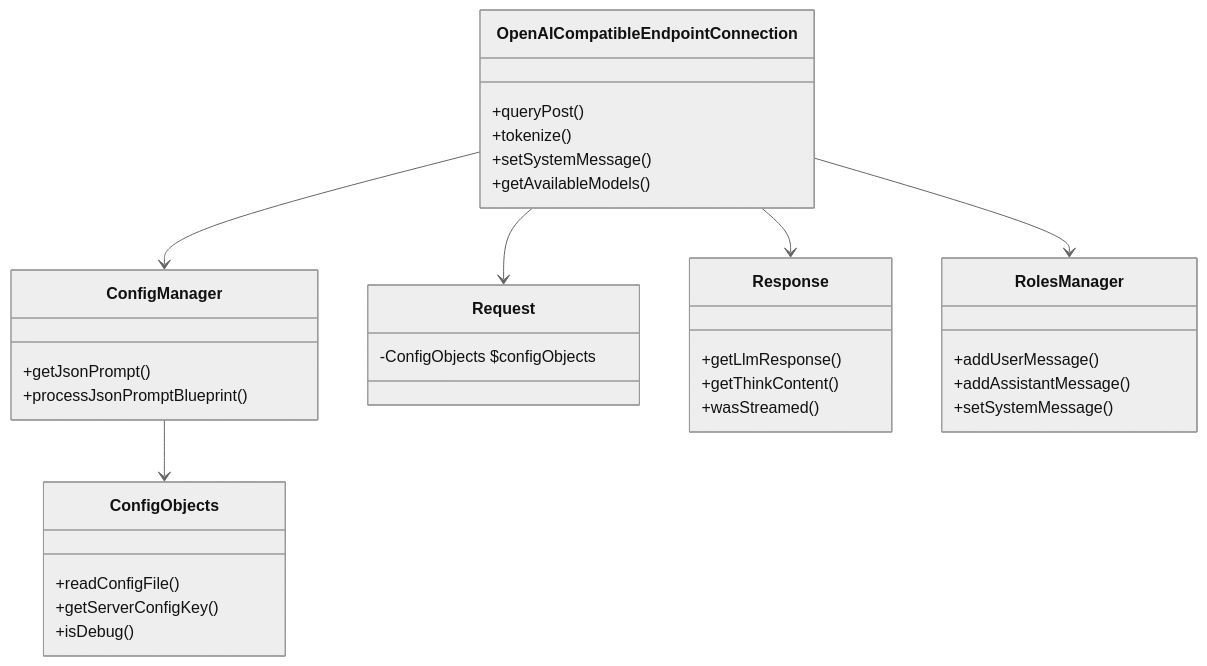
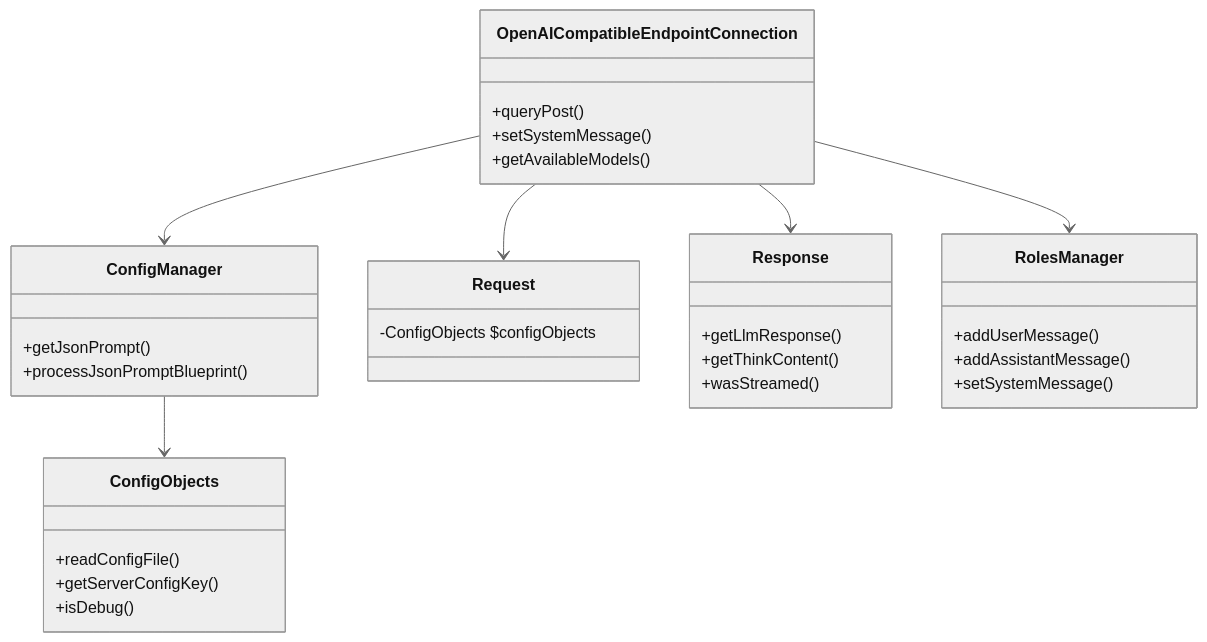
Before and after one commit to FGDumitru/viceroy: the diagram in project_description.md, drawn with Mermaid (neutral theme). The commit also changed other lines of this file and 8 other files, not shown here.

````diff
--- a/project_description.md
+++ b/project_description.md
@@ -7,36 +7,35 @@
 ```mermaid
 classDiagram
     class ConfigObjects {
         +readConfigFile()
         +getServerConfigKey()
         +isDebug()
     }
     class ConfigManager {
         +getJsonPrompt()
         +processJsonPromptBlueprint()
     }
     class OpenAICompatibleEndpointConnection {
         +queryPost()
-        +tokenize()
         +setSystemMessage()
         +getAvailableModels()
     }
     class Request {
         -ConfigObjects $configObjects
     }
     class Response {
         +getLlmResponse()
         +getThinkContent()
         +wasStreamed()
     }
     class RolesManager {
         +addUserMessage()
         +addAssistantMessage()
         +setSystemMessage()
     }
     ConfigManager --> ConfigObjects
     OpenAICompatibleEndpointConnection --> ConfigManager
     OpenAICompatibleEndpointConnection --> Request
     OpenAICompatibleEndpointConnection --> Response
     OpenAICompatibleEndpointConnection --> RolesManager
 ```
````
